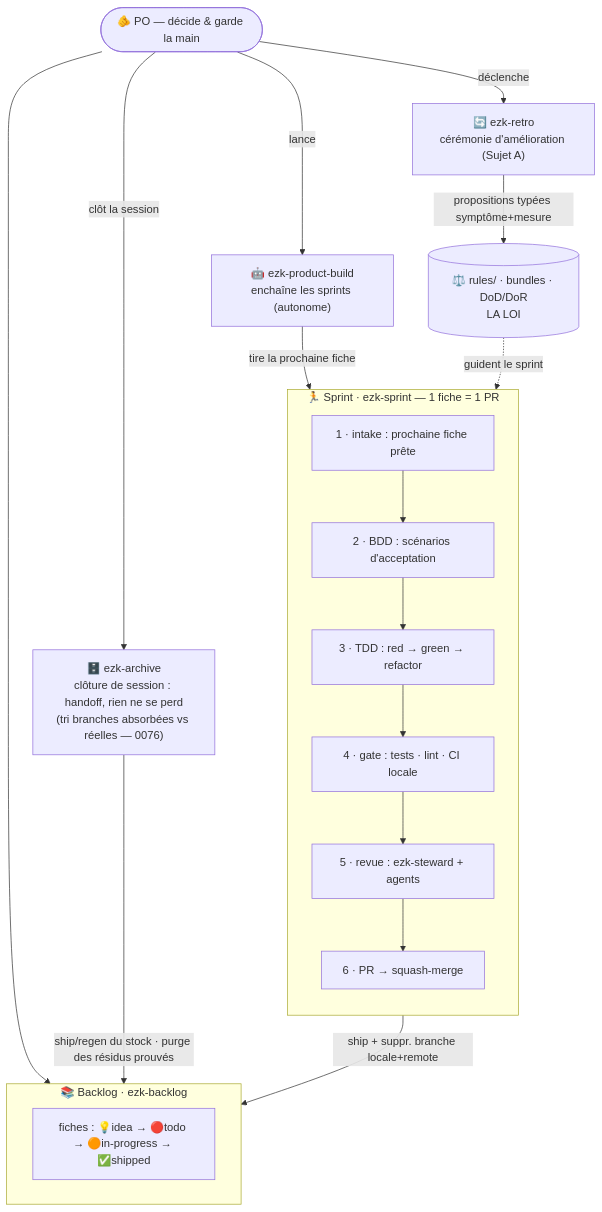
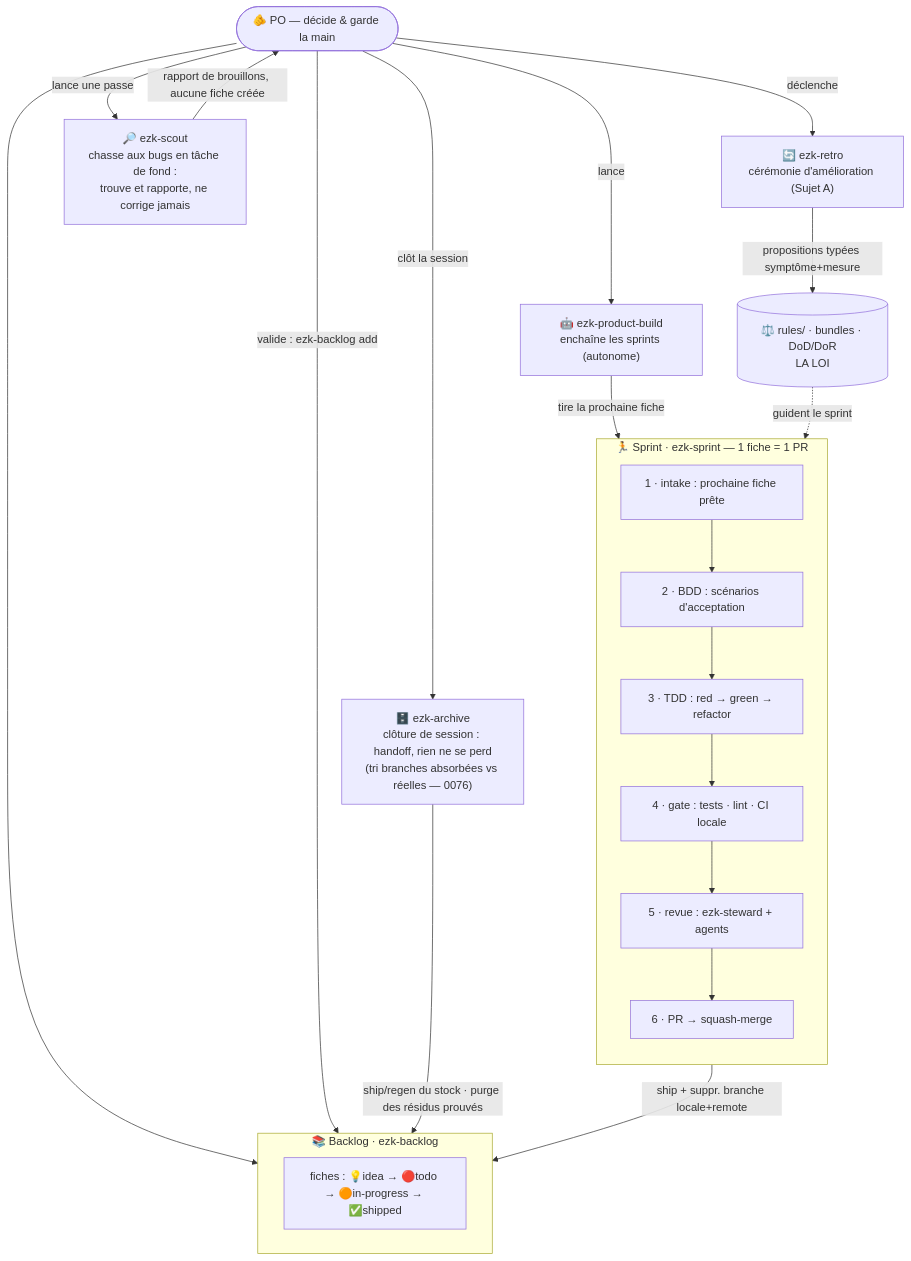
The first of 3 diagrams in products/mega-city/docs/method-map.md (elzinko/vectorz), drawn with Mermaid before and after one commit. The commit also changed other lines of this file and 18 other files, not shown here.

First line of the commit message:
feat(ezk-scout): chasse aux bugs en tâche de fond — skill, rapport de brouillons, garde find-only (20260910165637000)

````diff
--- a/products/mega-city/docs/method-map.md
+++ b/products/mega-city/docs/method-map.md
@@ -20,27 +20,31 @@
 ```mermaid
 flowchart TB
     PO(["🫵 PO — décide & garde la main"])
     subgraph BL["📚 Backlog · ezk-backlog"]
         F["fiches : 💡idea → 🔴todo → 🟠in-progress → ✅shipped"]
     end
     PB["🤖 ezk-product-build<br/>enchaîne les sprints (autonome)"]
     subgraph SP["🏃 Sprint · ezk-sprint — 1 fiche = 1 PR"]
         direction TB
         S1["1 · intake : prochaine fiche prête"] --> S2["2 · BDD : scénarios d'acceptation"]
         S2 --> S3["3 · TDD : red → green → refactor"] --> S4["4 · gate : tests · lint · CI locale"]
         S4 --> S5["5 · revue : ezk-steward + agents"] --> S6["6 · PR → squash-merge"]
     end
     RETRO["🔄 ezk-retro<br/>cérémonie d'amélioration (Sujet A)"]
+    SCOUT["🔎 ezk-scout<br/>chasse aux bugs en tâche de fond :<br/>trouve et rapporte, ne corrige jamais"]
     ARCH["🗄️ ezk-archive<br/>clôture de session : handoff, rien ne se perd<br/>(tri branches absorbées vs réelles — 0076)"]
     RULES[("⚖️ rules/ · bundles · DoD/DoR<br/>LA LOI")]
 
     PO --> BL
     PO -->|lance| PB
     PB -->|tire la prochaine fiche| SP
     S6 -->|ship + suppr. branche locale+remote| BL
     RULES -.->|guident le sprint| SP
+    PO -->|lance une passe| SCOUT
+    SCOUT -->|rapport de brouillons, aucune fiche créée| PO
+    PO -->|valide : ezk-backlog add| BL
     PO -->|déclenche| RETRO
     RETRO -->|propositions typées symptôme+mesure| RULES
     PO -->|clôt la session| ARCH
     ARCH -->|ship/regen du stock · purge des résidus prouvés| BL
 ```
````
